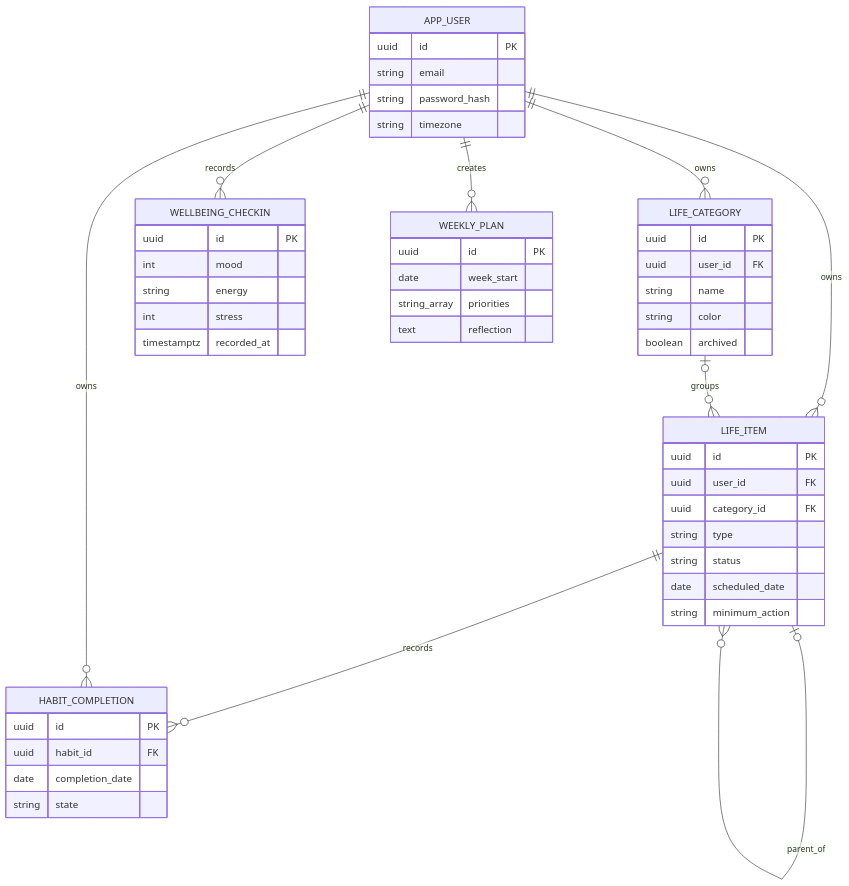
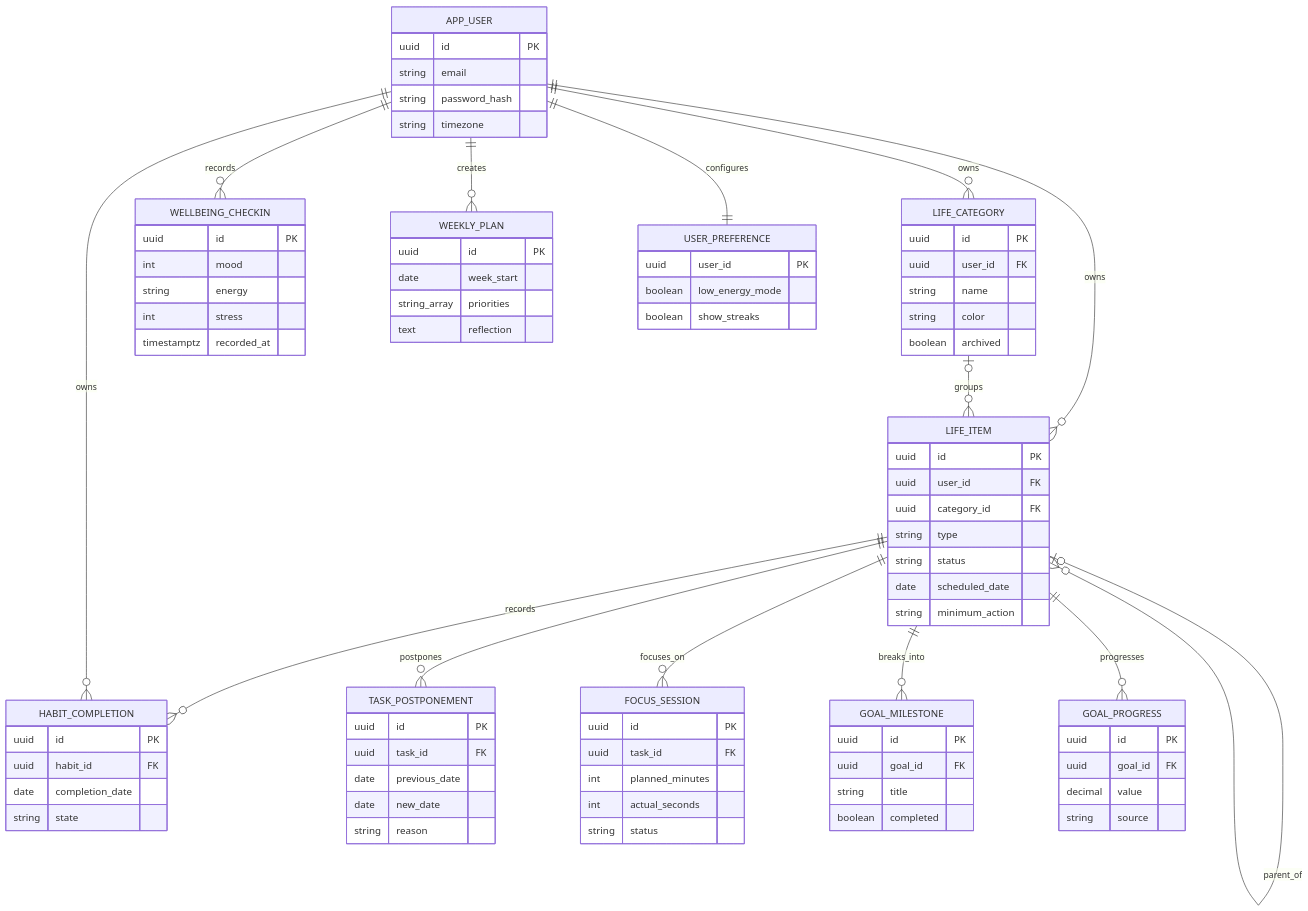
The diagram in docs/SCHEMA.md (shri299/tend-backend), drawn with Mermaid before and after one commit. The commit also changed 17 other files, not shown here.

````diff
--- a/docs/SCHEMA.md
+++ b/docs/SCHEMA.md
@@ -3,18 +3,28 @@
 ```mermaid
 erDiagram
   APP_USER ||--o{ LIFE_CATEGORY : owns
   APP_USER ||--o{ LIFE_ITEM : owns
   APP_USER ||--o{ WELLBEING_CHECKIN : records
   APP_USER ||--o{ WEEKLY_PLAN : creates
   LIFE_CATEGORY o|--o{ LIFE_ITEM : groups
   LIFE_ITEM o|--o{ LIFE_ITEM : parent_of
   LIFE_ITEM ||--o{ HABIT_COMPLETION : records
+  LIFE_ITEM ||--o{ TASK_POSTPONEMENT : postpones
+  LIFE_ITEM ||--o{ FOCUS_SESSION : focuses_on
+  LIFE_ITEM ||--o{ GOAL_MILESTONE : breaks_into
+  LIFE_ITEM ||--o{ GOAL_PROGRESS : progresses
   APP_USER ||--o{ HABIT_COMPLETION : owns
+  APP_USER ||--|| USER_PREFERENCE : configures
 
   APP_USER { uuid id PK string email string password_hash string timezone }
   LIFE_CATEGORY { uuid id PK uuid user_id FK string name string color boolean archived }
   LIFE_ITEM { uuid id PK uuid user_id FK uuid category_id FK string type string status date scheduled_date string minimum_action }
   HABIT_COMPLETION { uuid id PK uuid habit_id FK date completion_date string state }
   WELLBEING_CHECKIN { uuid id PK int mood string energy int stress timestamptz recorded_at }
   WEEKLY_PLAN { uuid id PK date week_start string_array priorities text reflection }
+  TASK_POSTPONEMENT { uuid id PK uuid task_id FK date previous_date date new_date string reason }
+  FOCUS_SESSION { uuid id PK uuid task_id FK int planned_minutes int actual_seconds string status }
+  GOAL_MILESTONE { uuid id PK uuid goal_id FK string title boolean completed }
+  GOAL_PROGRESS { uuid id PK uuid goal_id FK decimal value string source }
+  USER_PREFERENCE { uuid user_id PK boolean low_energy_mode boolean show_streaks }
 ```
````
